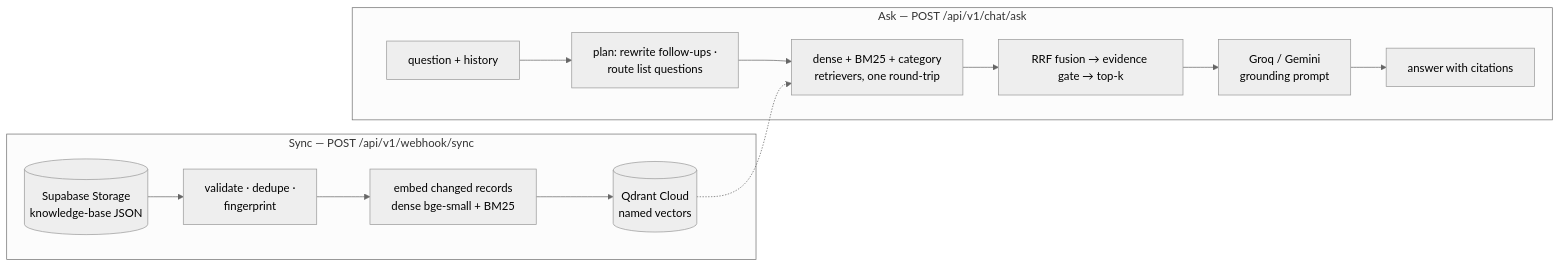
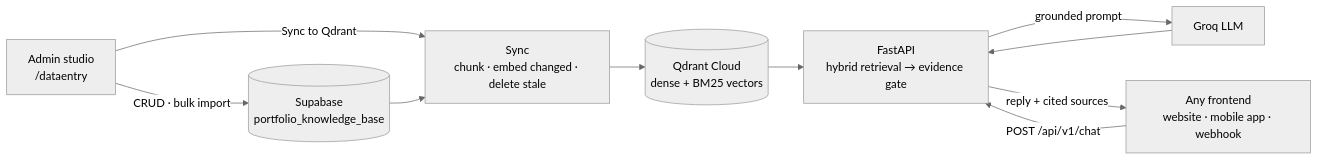
The diagram in README.md (surajyadavofficial01may/ChatbotServices), drawn with Mermaid (neutral theme) before and after one commit. The commit also changed other lines of this file and 72 other files, not shown here.

````diff
--- a/README.md
+++ b/README.md
@@ -40,16 +44,12 @@
 ```mermaid
 flowchart LR
-    subgraph Sync["Sync — POST /api/v1/webhook/sync"]
-        SB[(Supabase Storage<br/>knowledge-base JSON)] --> V[validate · dedupe ·<br/>fingerprint]
-        V --> E[embed changed records<br/>dense bge-small + BM25]
-        E --> Q[(Qdrant Cloud<br/>named vectors)]
-    end
-    subgraph Ask["Ask — POST /api/v1/chat/ask"]
-        U[question + history] --> P[plan: rewrite follow-ups ·<br/>route list questions]
-        P --> R[dense + BM25 + category<br/>retrievers, one round-trip]
-        R --> F[RRF fusion → evidence gate → top-k]
-        F --> L[Groq / Gemini<br/>grounding prompt]
-        L --> A[answer with citations]
-    end
-    Q -.-> R
+    Admin["Admin studio<br/>/dataentry"] -->|CRUD · bulk import| SB[("Supabase<br/>portfolio_knowledge_base")]
+    Admin -->|Sync to Qdrant| Sync["Sync<br/>chunk · embed changed · delete stale"]
+    SB --> Sync
+    Sync --> Q[("Qdrant Cloud<br/>dense + BM25 vectors")]
+    App["Any frontend<br/>website · mobile app · webhook"] -->|POST /api/v1/chat| API["FastAPI<br/>hybrid retrieval → evidence gate"]
+    Q --> API
+    API -->|grounded prompt| G["Groq LLM"]
+    G --> API
+    API -->|reply + cited sources| App
 ```
````
